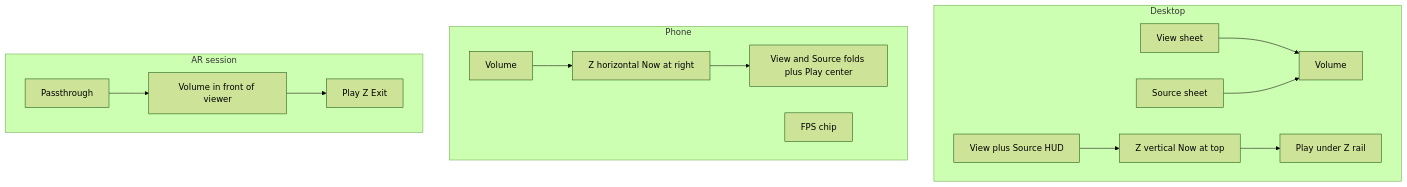
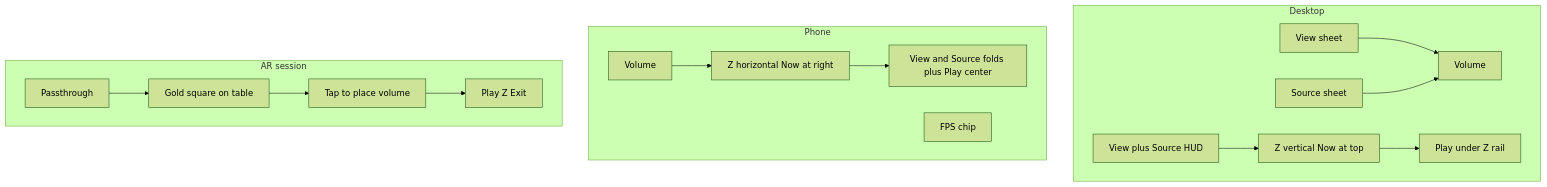
One commit to PiMaV/DONNER changed the fourth of 5 diagrams in docs/gui.md. Above: the diagram before and after it, drawn with Mermaid (forest theme). The commit also changed other lines of this file and 14 other files, not shown here.

Commit message:
Place XR-A on a table as a locked pillar so Play grows time upward from gen 0, and start Conway paused on R-pentomino.

````diff
--- a/docs/gui.md
+++ b/docs/gui.md
@@ -62,30 +78,32 @@
 ```mermaid
 flowchart TB
   subgraph desktop [Desktop]
     viewD[View sheet]
     srcD[Source sheet]
     volD[Volume]
     hudD[View plus Source HUD]
     zD[Z vertical Now at top]
     playD[Play under Z rail]
     viewD --> volD
     srcD --> volD
     hudD --> zD
     zD --> playD
   end
   subgraph phone [Phone]
     volP[Volume]
     zP[Z horizontal Now at right]
     barP[View and Source folds plus Play center]
     chipP[FPS chip]
     volP --> zP
     zP --> barP
   end
   subgraph ar [AR session]
     pass[Passthrough]
-    volA[Volume in front of viewer]
+    ret[Gold square on table]
+    volA[Tap to place volume]
     chrome[Play Z Exit]
-    pass --> volA
+    pass --> ret
+    ret --> volA
     volA --> chrome
   end
 ```
````
